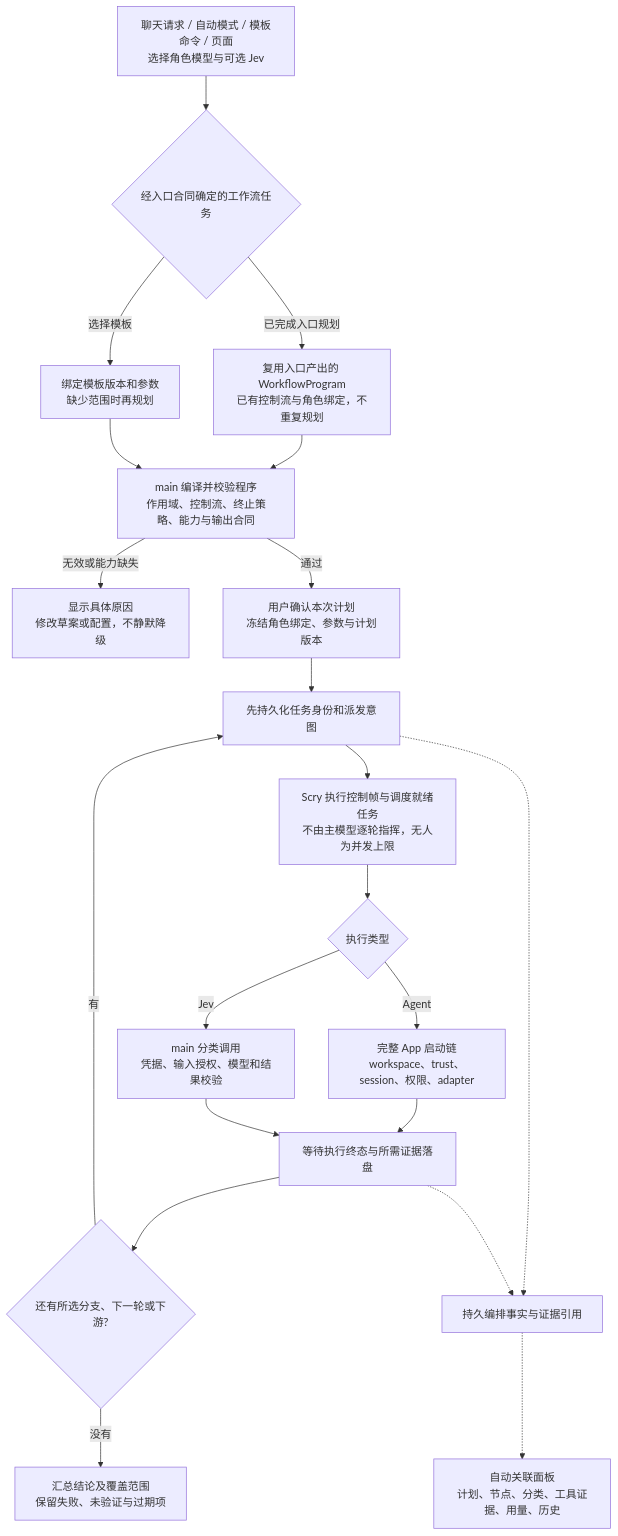
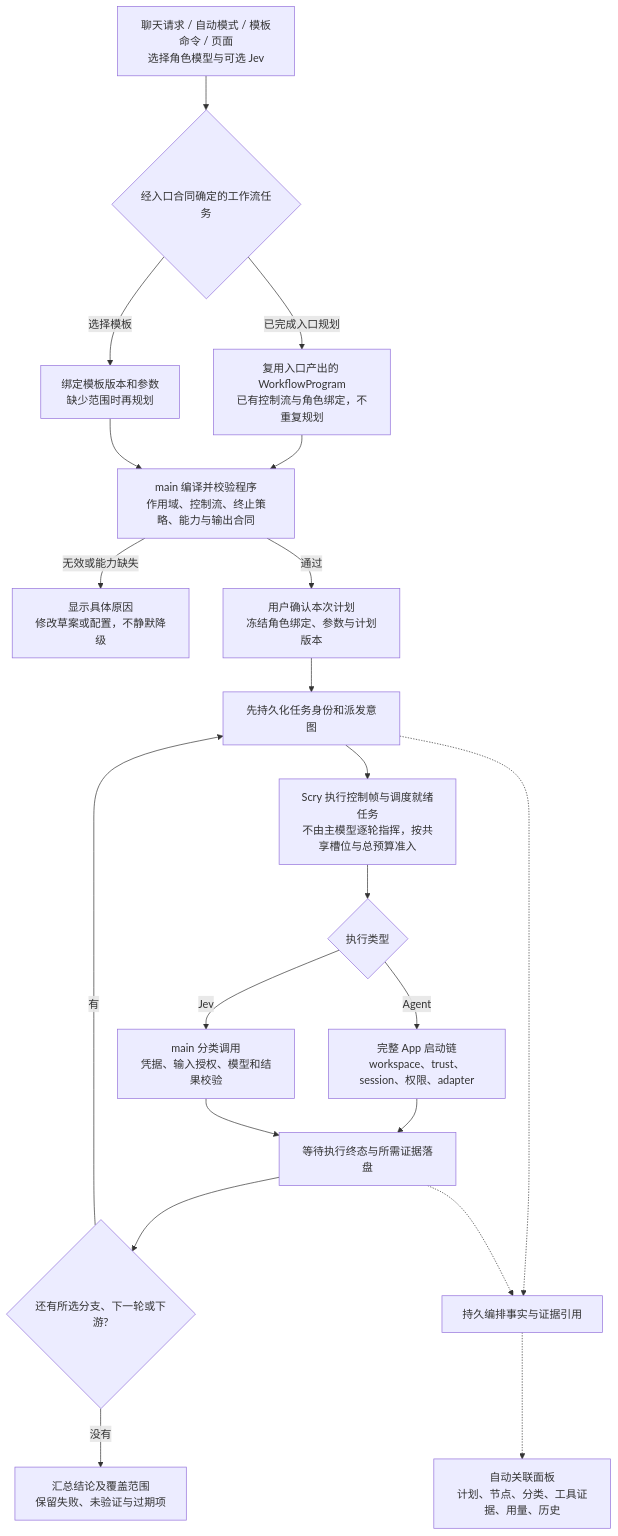
Before and after one commit to bingjiang0611/scry: the first of 3 diagrams in designs/scry-workflows/implementation-plan.md, drawn with Mermaid. The commit also changed other lines of this file and 8 other files, not shown here.

````diff
--- a/designs/scry-workflows/implementation-plan.md
+++ b/designs/scry-workflows/implementation-plan.md
@@ -41,23 +42,23 @@
 ```mermaid
 flowchart TD
   A[聊天请求 / 自动模式 / 模板命令 / 页面<br/>选择角色模型与可选 Jev] --> B{经入口合同确定的工作流任务}
   B -->|已完成入口规划| C[复用入口产出的 WorkflowProgram<br/>已有控制流与角色绑定，不重复规划]
   B -->|选择模板| D[绑定模板版本和参数<br/>缺少范围时再规划]
   C --> E[main 编译并校验程序<br/>作用域、控制流、终止策略、能力与输出合同]
   D --> E
   E -->|无效或能力缺失| X[显示具体原因<br/>修改草案或配置，不静默降级]
   E -->|通过| F[用户确认本次计划<br/>冻结角色绑定、参数与计划版本]
   F --> G[先持久化任务身份和派发意图]
-  G --> H[Scry 执行控制帧与调度就绪任务<br/>不由主模型逐轮指挥，无人为并发上限]
+  G --> H[Scry 执行控制帧与调度就绪任务<br/>不由主模型逐轮指挥，按共享槽位与总预算准入]
   H --> I{执行类型}
   I -->|Agent| J[完整 App 启动链<br/>workspace、trust、session、权限、adapter]
   I -->|Jev| K[main 分类调用<br/>凭据、输入授权、模型和结果校验]
   J --> L[等待执行终态与所需证据落盘]
   K --> L
   L --> M{还有所选分支、下一轮或下游?}
   M -->|有| G
   M -->|没有| N[汇总结论及覆盖范围<br/>保留失败、未验证与过期项]
   G -.-> P[持久编排事实与证据引用]
   L -.-> P
   P -.-> Q[自动关联面板<br/>计划、节点、分类、工具证据、用量、历史]
 ```
````
